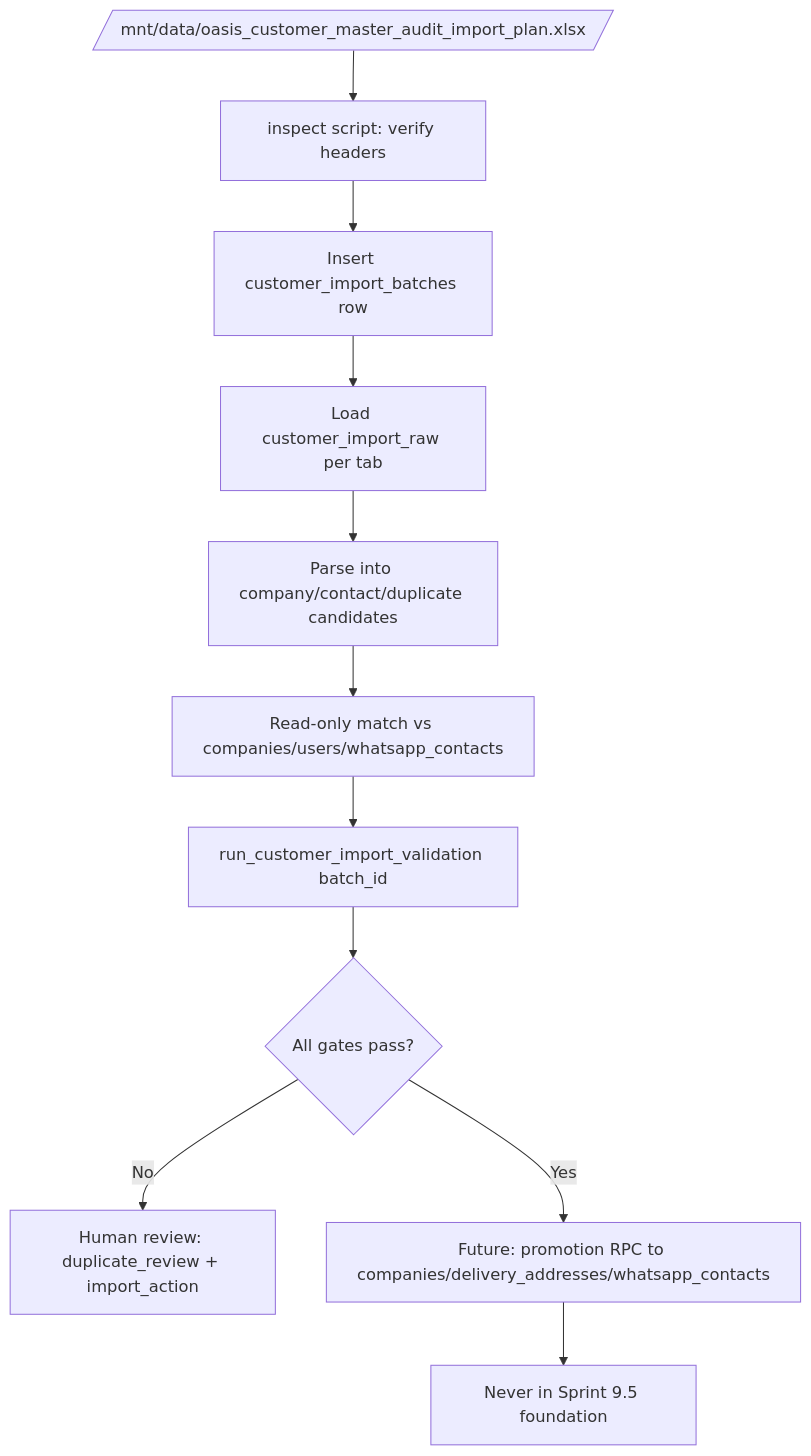
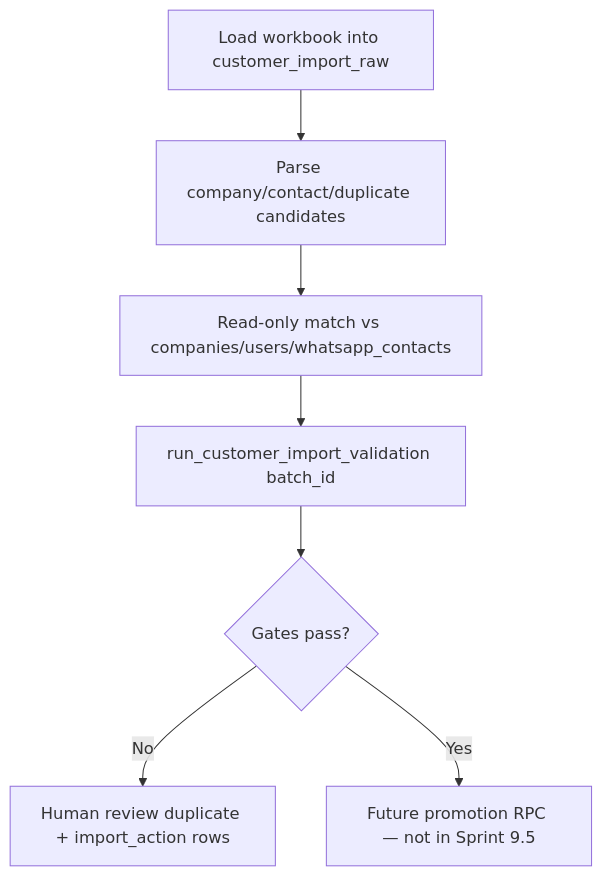
Before and after one commit to oasisbaklawa2006/Oasis-Baklawa-Central: the diagram in docs/CUSTOMER_MASTER_IMPORT_FOUNDATION.md, drawn with Mermaid. The commit also changed other lines of this file and 4 other files, not shown here.

First line of the commit message:
docs(sprint-9.5): align customer import foundation to known workbook headers

````diff
--- a/docs/CUSTOMER_MASTER_IMPORT_FOUNDATION.md
+++ b/docs/CUSTOMER_MASTER_IMPORT_FOUNDATION.md
@@ -180,13 +145,9 @@
 ```mermaid
 flowchart TD
-  A[/mnt/data/oasis_customer_master_audit_import_plan.xlsx/] --> B[inspect script: verify headers]
-  B --> C[Insert customer_import_batches row]
-  C --> D[Load customer_import_raw per tab]
-  D --> E[Parse into company/contact/duplicate candidates]
-  E --> F[Read-only match vs companies/users/whatsapp_contacts]
-  F --> G[run_customer_import_validation batch_id]
-  G --> H{All gates pass?}
-  H -->|No| I[Human review: duplicate_review + import_action]
-  H -->|Yes| J[Future: promotion RPC to companies/delivery_addresses/whatsapp_contacts]
-  J --> K[Never in Sprint 9.5 foundation]
+  A[Load workbook into customer_import_raw] --> B[Parse company/contact/duplicate candidates]
+  B --> C[Read-only match vs companies/users/whatsapp_contacts]
+  C --> D[run_customer_import_validation batch_id]
+  D --> E{Gates pass?}
+  E -->|No| F[Human review duplicate + import_action rows]
+  E -->|Yes| G[Future promotion RPC — not in Sprint 9.5]
 ```
````
